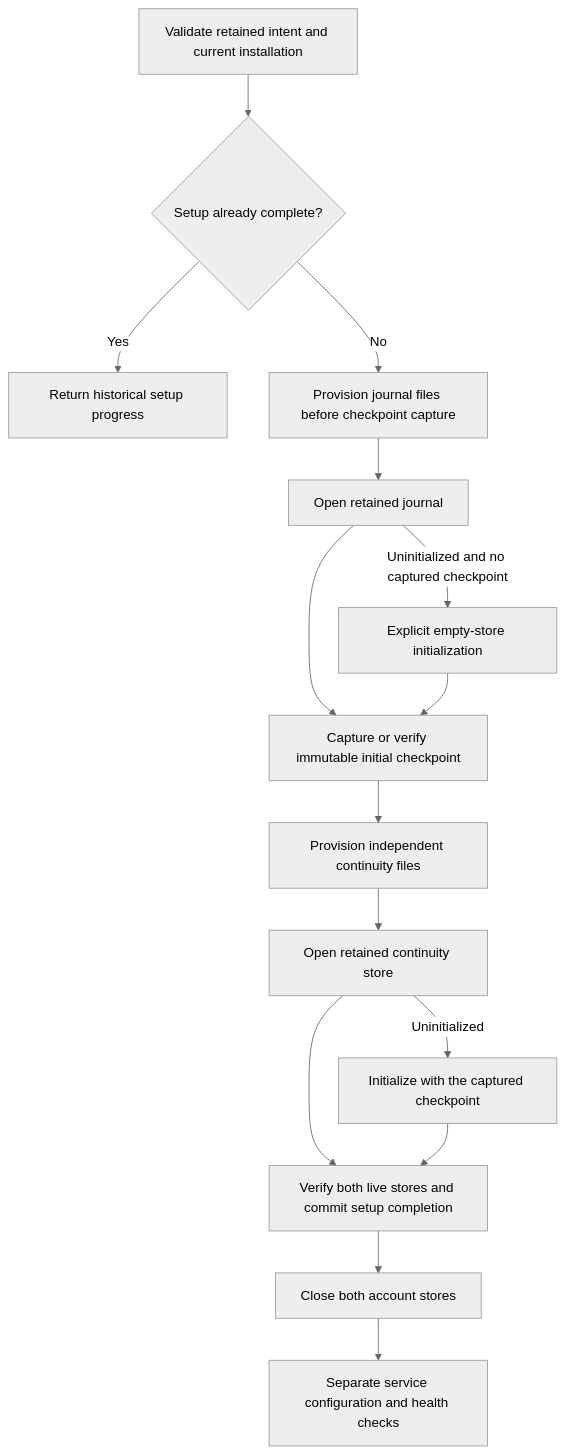
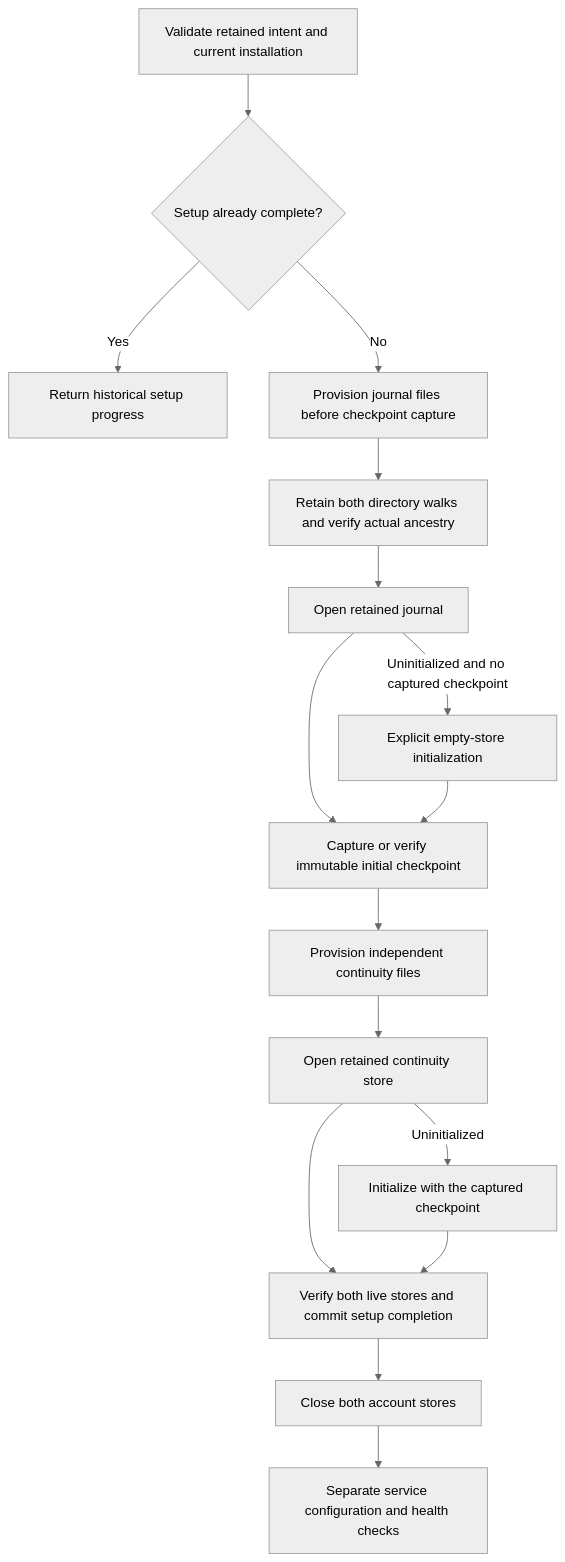
The diagram in docs/macos-account-initialization-controller.md (rock3r/remozio), drawn with Mermaid (neutral theme) before and after one commit. The commit also changed other lines of this file and 3 other files, not shown here.

````diff
--- a/docs/macos-account-initialization-controller.md
+++ b/docs/macos-account-initialization-controller.md
@@ -7,15 +7,16 @@
 ```mermaid
 flowchart TD
     V[Validate retained intent and current installation] --> C{Setup already complete?}
     C -->|Yes| H[Return historical setup progress]
     C -->|No| J[Provision journal files before checkpoint capture]
-    J --> O[Open retained journal]
+    J --> D[Retain both directory walks and verify actual ancestry]
+    D --> O[Open retained journal]
     O -->|Uninitialized and no captured checkpoint| I[Explicit empty-store initialization]
     O & I --> K[Capture or verify immutable initial checkpoint]
     K --> P[Provision independent continuity files]
     P --> R[Open retained continuity store]
     R -->|Uninitialized| N[Initialize with the captured checkpoint]
     R & N --> F[Verify both live stores and commit setup completion]
     F --> X[Close both account stores]
     X --> S[Separate service configuration and health checks]
 ```
````
